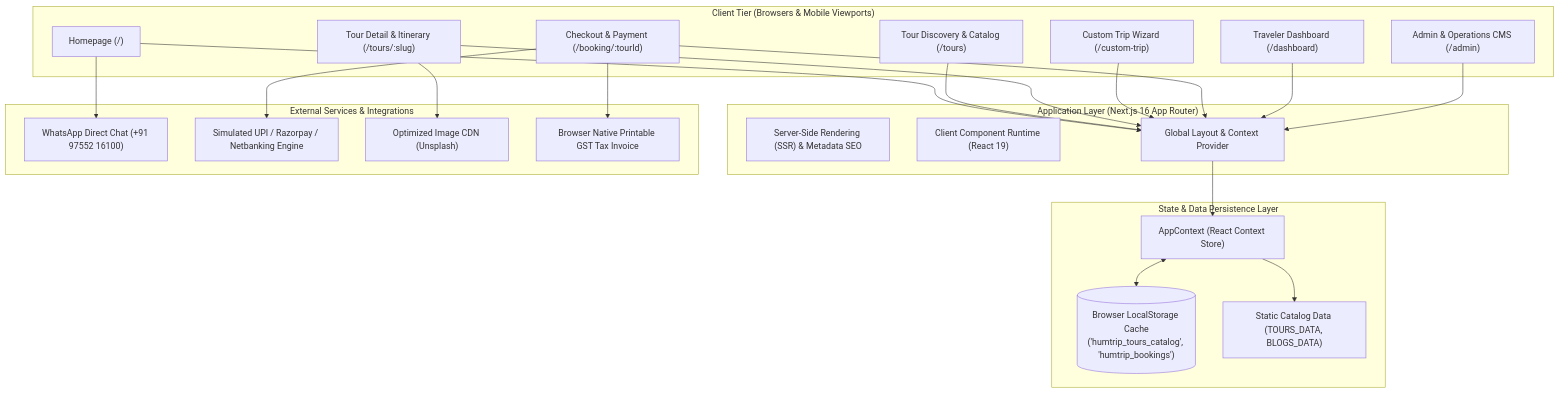
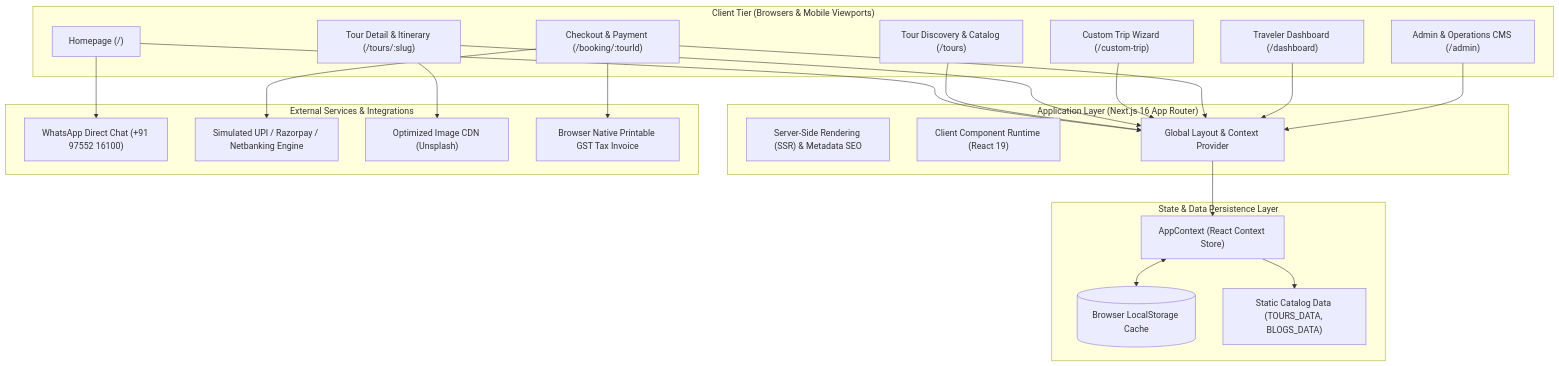
The first of 5 diagrams in README.md (drdhavaltrivedi/humtripwale-travel), drawn with Mermaid before and after one commit. The commit also changed other lines of this file, not shown here.

Commit message:
docs: fix Mermaid syntax and quote node labels in README.md

````diff
--- a/README.md
+++ b/README.md
@@ -54,48 +54,48 @@
 ```mermaid
 flowchart TD
     subgraph ClientTier["Client Tier (Browsers & Mobile Viewports)"]
         UI_Home["Homepage (/)"]
         UI_Tours["Tour Discovery & Catalog (/tours)"]
         UI_TourDetail["Tour Detail & Itinerary (/tours/:slug)"]
         UI_Custom["Custom Trip Wizard (/custom-trip)"]
         UI_Booking["Checkout & Payment (/booking/:tourId)"]
         UI_Dashboard["Traveler Dashboard (/dashboard)"]
         UI_Admin["Admin & Operations CMS (/admin)"]
     end
 
     subgraph AppRouter["Application Layer (Next.js 16 App Router)"]
         SSR["Server-Side Rendering (SSR) & Metadata SEO"]
         ClientRuntime["Client Component Runtime (React 19)"]
         AppLayout["Global Layout & Context Provider"]
     end
 
     subgraph StateTier["State & Data Persistence Layer"]
         AppContext["AppContext (React Context Store)"]
-        LocalCache[("Browser LocalStorage Cache\n('humtrip_tours_catalog', 'humtrip_bookings')")]
+        LocalCache[("Browser LocalStorage Cache")]
         StaticData["Static Catalog Data (TOURS_DATA, BLOGS_DATA)"]
     end
 
     subgraph ExternalIntegrations["External Services & Integrations"]
         WhatsApp["WhatsApp Direct Chat (+91 97552 16100)"]
         PaymentGateway["Simulated UPI / Razorpay / Netbanking Engine"]
         UnsplashCDN["Optimized Image CDN (Unsplash)"]
         PrintService["Browser Native Printable GST Tax Invoice"]
     end
 
     UI_Home --> AppLayout
     UI_Tours --> AppLayout
     UI_TourDetail --> AppLayout
     UI_Custom --> AppLayout
     UI_Booking --> AppLayout
     UI_Dashboard --> AppLayout
     UI_Admin --> AppLayout
 
     AppLayout --> AppContext
     AppContext <--> LocalCache
     AppContext --> StaticData
 
     UI_Booking --> PaymentGateway
     UI_Booking --> PrintService
     UI_Home --> WhatsApp
     UI_TourDetail --> UnsplashCDN
 ```
````
